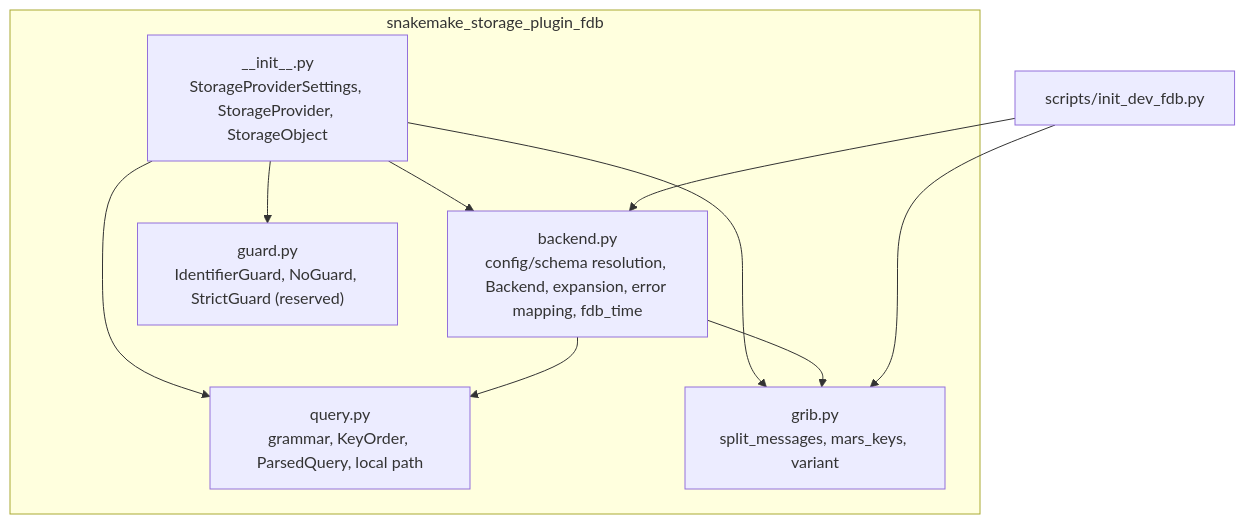
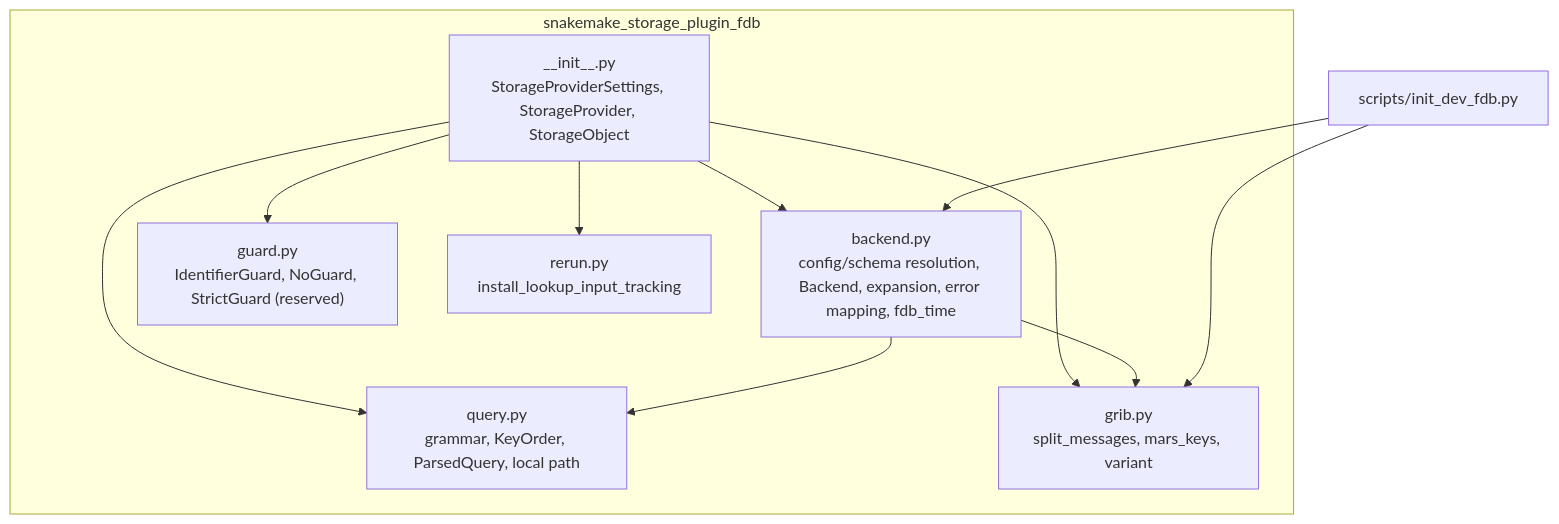
Before and after one commit to MeteoSwiss/snakemake-storage-plugin-fdb: the second of 4 diagrams in docs/design/architecture.md, drawn with Mermaid. The commit also changed other lines of this file and 10 other files, not shown here.

````diff
--- a/docs/design/architecture.md
+++ b/docs/design/architecture.md
@@ -93,18 +93,20 @@
 ```mermaid
 flowchart TB
     subgraph package [snakemake_storage_plugin_fdb]
         init["__init__.py<br/>StorageProviderSettings, StorageProvider, StorageObject"]
         query["query.py<br/>grammar, KeyOrder, ParsedQuery, local path"]
         backend["backend.py<br/>config/schema resolution, Backend, expansion, error mapping, fdb_time"]
         grib["grib.py<br/>split_messages, mars_keys, variant"]
         guard["guard.py<br/>IdentifierGuard, NoGuard, StrictGuard (reserved)"]
+        rerun["rerun.py<br/>install_lookup_input_tracking"]
     end
     init --> query
     init --> backend
     init --> grib
     init --> guard
+    init --> rerun
     backend --> query
     backend --> grib
     scripts["scripts/init_dev_fdb.py"] --> backend
     scripts --> grib
 ```
````
